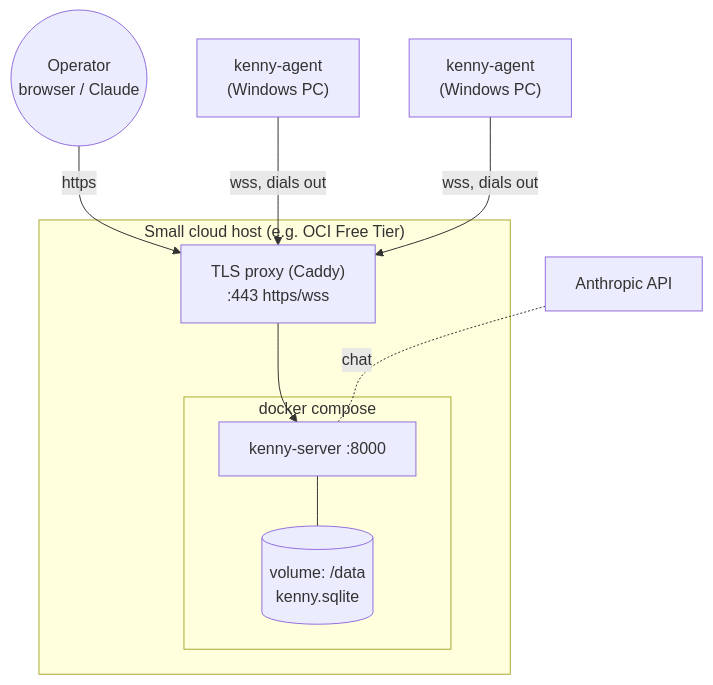
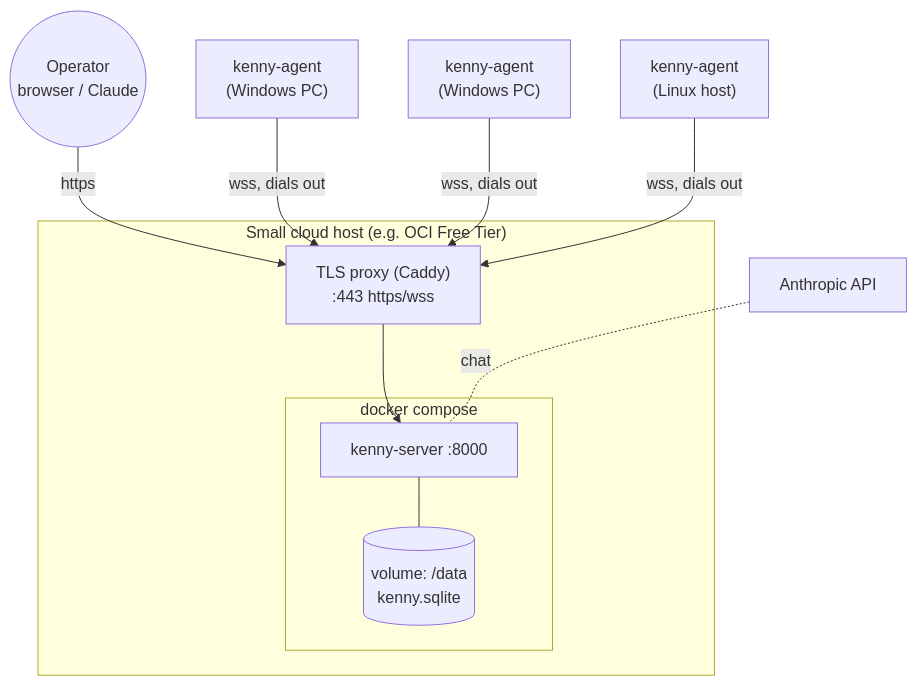
One commit to nullthrone/kenny changed the first of 2 diagrams in docs/setup.md. Above: the diagram before and after it, drawn with Mermaid. The commit also changed other lines of this file and 11 other files, not shown here.

````diff
--- a/docs/setup.md
+++ b/docs/setup.md
@@ -8,16 +8,17 @@
 ```mermaid
 flowchart TB
   subgraph Cloud["Small cloud host (e.g. OCI Free Tier)"]
     Proxy["TLS proxy (Caddy)<br/>:443 https/wss"]
     subgraph Compose["docker compose"]
       Srv["kenny-server :8000"]
       Vol[("volume: /data<br/>kenny.sqlite")]
     end
     Proxy --> Srv
     Srv --- Vol
   end
   Op(("Operator<br/>browser / Claude")) -->|https| Proxy
   PC1["kenny-agent<br/>(Windows PC)"] -->|wss, dials out| Proxy
   PC2["kenny-agent<br/>(Windows PC)"] -->|wss, dials out| Proxy
+  LX["kenny-agent<br/>(Linux host)"] -->|wss, dials out| Proxy
   Anthropic["Anthropic API"] -. chat .- Srv
 ```
````
